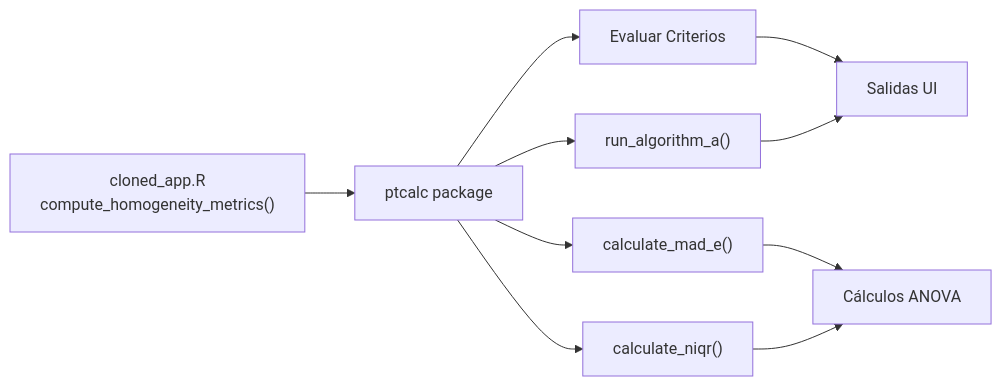
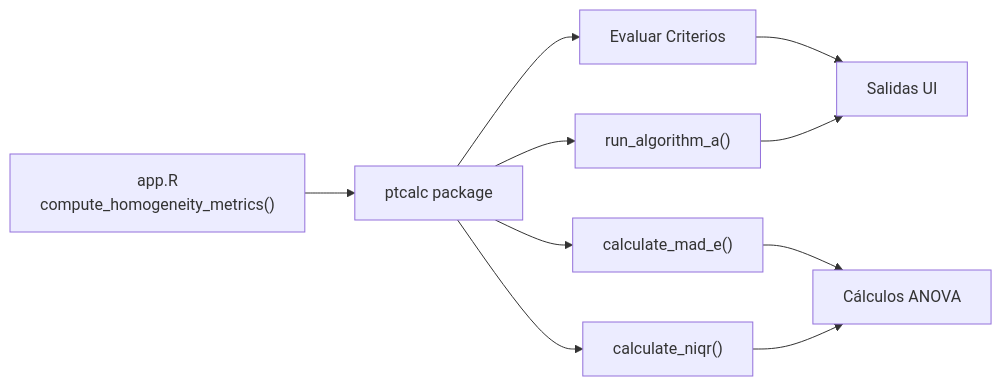
Before and after one commit to willl182/pt_app: the third of 3 diagrams in es/06_homogeneidad_shiny.md, drawn with Mermaid. The commit also changed 70 other files, not shown here.

````diff
--- a/es/06_homogeneidad_shiny.md
+++ b/es/06_homogeneidad_shiny.md
@@ -226,14 +226,14 @@
 ```mermaid
 flowchart LR
-    SHINY["cloned_app.R<br>compute_homogeneity_metrics()"] --> PTCALC["ptcalc package"]
+    SHINY["app.R<br>compute_homogeneity_metrics()"] --> PTCALC["ptcalc package"]
     PTCALC --> EVAL["Evaluar Criterios"]
     EVAL --> OUTPUT["Salidas UI"]
 
     PTCALC --> CALC1["calculate_mad_e()"]
     PTCALC --> CALC2["calculate_niqr()"]
     PTCALC --> CALC3["run_algorithm_a()"]
 
     CALC1 --> ANOVA["Cálculos ANOVA"]
     CALC2 --> ANOVA
     CALC3 --> OUTPUT
 ```
````
